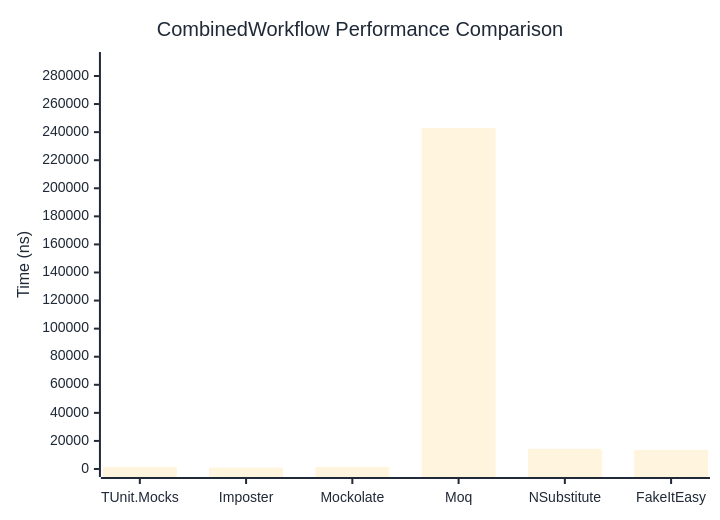
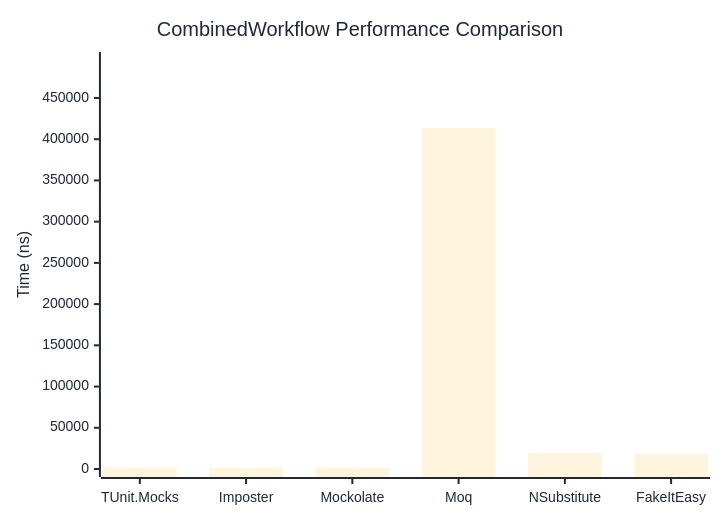
Before and after one commit to thomhurst/TUnit: the diagram in docs/docs/benchmarks/mocks/CombinedWorkflow.md, drawn with Mermaid. The commit also changed other lines of this file and 14 other files, not shown here.

````diff
--- a/docs/docs/benchmarks/mocks/CombinedWorkflow.md
+++ b/docs/docs/benchmarks/mocks/CombinedWorkflow.md
@@ -30,27 +30,27 @@
 ```mermaid
 %%{init: {
   'theme':'base',
   'themeVariables': {
     'primaryColor': '#2563eb',
     'primaryTextColor': '#1f2937',
     'primaryBorderColor': '#1e40af',
     'lineColor': '#6b7280',
     'secondaryColor': '#7c3aed',
     'tertiaryColor': '#dc2626',
     'background': '#ffffff',
     'pie1': '#2563eb',
     'pie2': '#7c3aed',
     'pie3': '#dc2626',
     'pie4': '#f59e0b',
     'pie5': '#10b981',
     'pie6': '#06b6d4',
     'pie7': '#ec4899',
     'pie8': '#6366f1'
   }
 }}%%
 xychart-beta
   title "CombinedWorkflow Performance Comparison"
   x-axis ["TUnit.Mocks", "Imposter", "Mockolate", "Moq", "NSubstitute", "FakeItEasy"]
-  y-axis "Time (ns)" 0 --> 291386
-  bar [1539.1, 977.2, 1418.8, 242821.2, 14373.7, 13641]
+  y-axis "Time (ns)" 0 --> 496066
+  bar [2018.7, 953, 1722.7, 413388.3, 19484.9, 18764.6]
 ```
````
